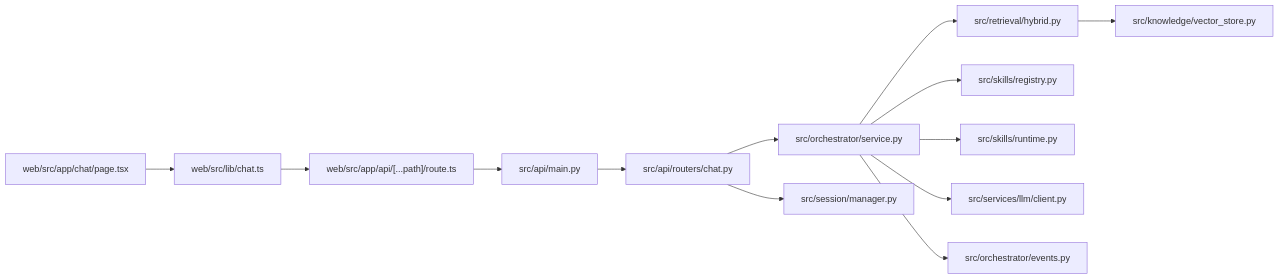
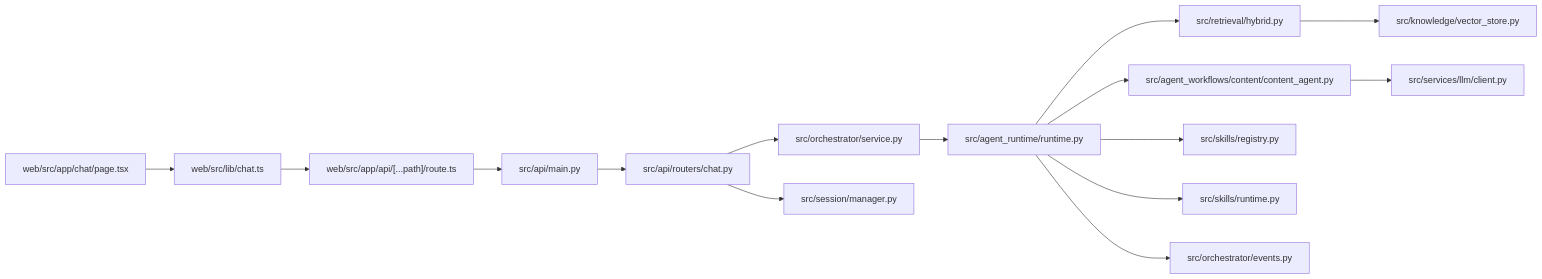
Before and after one commit to qwerzbn/writingbot: the third of 5 diagrams in docs/upgrade/architecture.md, drawn with Mermaid. The commit also changed other lines of this file and 115 other files, not shown here.

````diff
--- a/docs/upgrade/architecture.md
+++ b/docs/upgrade/architecture.md
@@ -154,25 +162,28 @@
 ```mermaid
 flowchart LR
   CHAT_PAGE["web/src/app/chat/page.tsx"]
   CHAT_LIB["web/src/lib/chat.ts"]
   API_PROXY["web/src/app/api/[...path]/route.ts"]
   API_MAIN["src/api/main.py"]
   CHAT_ROUTER["src/api/routers/chat.py"]
   ORCH["src/orchestrator/service.py"]
+  RUNTIME["src/agent_runtime/runtime.py"]
+  CONTENT["src/agent_workflows/content/content_agent.py"]
   RET["src/retrieval/hybrid.py"]
   VSTORE["src/knowledge/vector_store.py"]
   SKILLS_REG["src/skills/registry.py"]
   SKILLS_RUN["src/skills/runtime.py"]
   LLM["src/services/llm/client.py"]
   SESS["src/session/manager.py"]
   EVENTS["src/orchestrator/events.py"]
 
   CHAT_PAGE --> CHAT_LIB --> API_PROXY --> API_MAIN --> CHAT_ROUTER
   CHAT_ROUTER --> ORCH
-  ORCH --> EVENTS
-  ORCH --> RET --> VSTORE
-  ORCH --> SKILLS_REG
-  ORCH --> SKILLS_RUN
-  ORCH --> LLM
+  ORCH --> RUNTIME
+  RUNTIME --> EVENTS
+  RUNTIME --> RET --> VSTORE
+  RUNTIME --> SKILLS_REG
+  RUNTIME --> SKILLS_RUN
+  RUNTIME --> CONTENT --> LLM
   CHAT_ROUTER --> SESS
 ```
````
